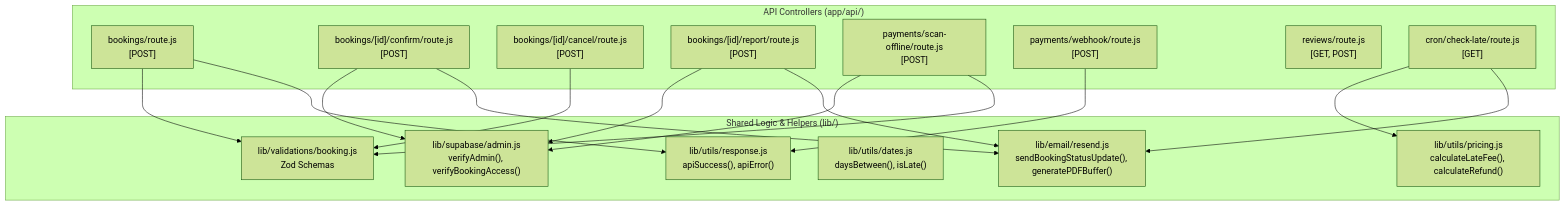
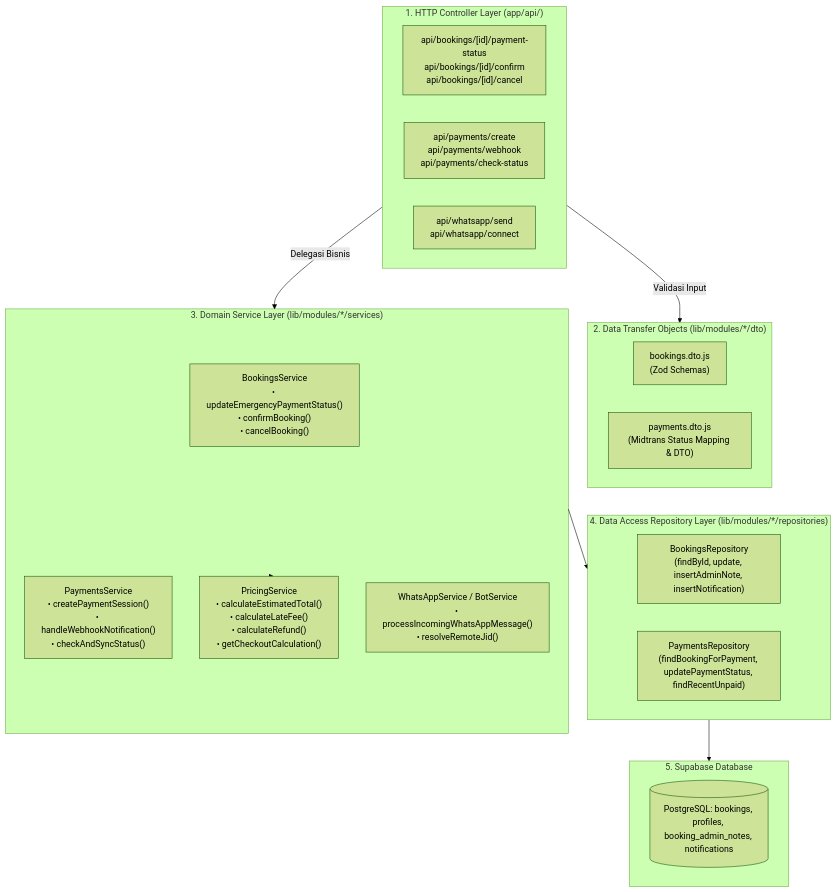
Before and after one commit to 2Hafast8/NekoStay: the third of 3 diagrams in docs/C4-ARCHITECTURE.md, drawn with Mermaid (forest theme). The commit also changed other lines of this file and 53 other files, not shown here.

Commit message:
feat: modular architecture restructuring, fix booking edit generated columns, and adaptive class chart colors

````diff
--- a/docs/C4-ARCHITECTURE.md
+++ b/docs/C4-ARCHITECTURE.md
@@ -72,35 +78,35 @@
 ```mermaid
 flowchart TD
-    subgraph APIControllers ["API Controllers (app/api/)"]
-        BookingsCtrl["bookings/route.js\n[POST]"]
-        ConfirmCtrl["bookings/[id]/confirm/route.js\n[POST]"]
-        CancelCtrl["bookings/[id]/cancel/route.js\n[POST]"]
-        ReportCtrl["bookings/[id]/report/route.js\n[POST]"]
-        ScanOfflineCtrl["payments/scan-offline/route.js\n[POST]"]
-        MidtransWebhookCtrl["payments/webhook/route.js\n[POST]"]
-        ReviewsCtrl["reviews/route.js\n[GET, POST]"]
-        CronCtrl["cron/check-late/route.js\n[GET]"]
+    subgraph Controllers ["1. HTTP Controller Layer (app/api/)"]
+        BookingsCtrl["api/bookings/[id]/payment-status\napi/bookings/[id]/confirm\napi/bookings/[id]/cancel"]
+        PaymentsCtrl["api/payments/create\napi/payments/webhook\napi/payments/check-status"]
+        WhatsAppCtrl["api/whatsapp/send\napi/whatsapp/connect"]
     end
 
-    subgraph SharedModules ["Shared Logic & Helpers (lib/)"]
-        AuthGuards["lib/supabase/admin.js\nverifyAdmin(), verifyBookingAccess()"]
-        ValidationZod["lib/validations/booking.js\nZod Schemas"]
-        PricingEngine["lib/utils/pricing.js\ncalculateLateFee(), calculateRefund()"]
-        DateHelpers["lib/utils/dates.js\ndaysBetween(), isLate()"]
-        ResponseHelper["lib/utils/response.js\napiSuccess(), apiError()"]
-        EmailEngine["lib/email/resend.js\nsendBookingStatusUpdate(), generatePDFBuffer()"]
+    subgraph DTOs ["2. Data Transfer Objects (lib/modules/*/dto)"]
+        BookingDTOs["bookings.dto.js\n(Zod Schemas)"]
+        PaymentDTOs["payments.dto.js\n(Midtrans Status Mapping & DTO)"]
     end
 
-    BookingsCtrl --> ValidationZod
-    BookingsCtrl --> ResponseHelper
-    ConfirmCtrl --> AuthGuards
-    ConfirmCtrl --> EmailEngine
-    CancelCtrl --> ValidationZod
-    ReportCtrl --> AuthGuards
-    ReportCtrl --> EmailEngine
-    ScanOfflineCtrl --> AuthGuards
-    ScanOfflineCtrl --> ValidationZod
-    MidtransWebhookCtrl --> ResponseHelper
-    CronCtrl --> PricingEngine
-    CronCtrl --> EmailEngine
+    subgraph Services ["3. Domain Service Layer (lib/modules/*/services)"]
+        BookingsService["BookingsService\n• updateEmergencyPaymentStatus()\n• confirmBooking()\n• cancelBooking()"]
+        PaymentsService["PaymentsService\n• createPaymentSession()\n• handleWebhookNotification()\n• checkAndSyncStatus()"]
+        PricingService["PricingService\n• calculateEstimatedTotal()\n• calculateLateFee()\n• calculateRefund()\n• getCheckoutCalculation()"]
+        WAService["WhatsAppService / BotService\n• processIncomingWhatsAppMessage()\n• resolveRemoteJid()"]
+    end
+
+    subgraph Repositories ["4. Data Access Repository Layer (lib/modules/*/repositories)"]
+        BookingsRepo["BookingsRepository\n(findById, update, insertAdminNote, insertNotification)"]
+        PaymentsRepo["PaymentsRepository\n(findBookingForPayment, updatePaymentStatus, findRecentUnpaid)"]
+    end
+
+    subgraph DB ["5. Supabase Database"]
+        SupabaseTables[("PostgreSQL: bookings, profiles, booking_admin_notes, notifications")]
+    end
+
+    Controllers -->|Validasi Input| DTOs
+    Controllers -->|Delegasi Bisnis| Services
+    Services --> Repositories
+    Services --> PricingService
+    Repositories --> DB
 ```
````
